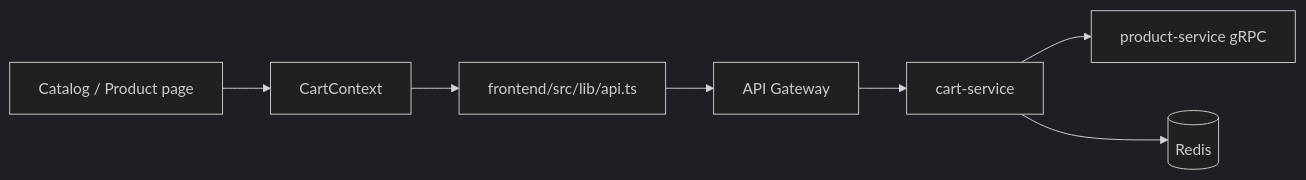
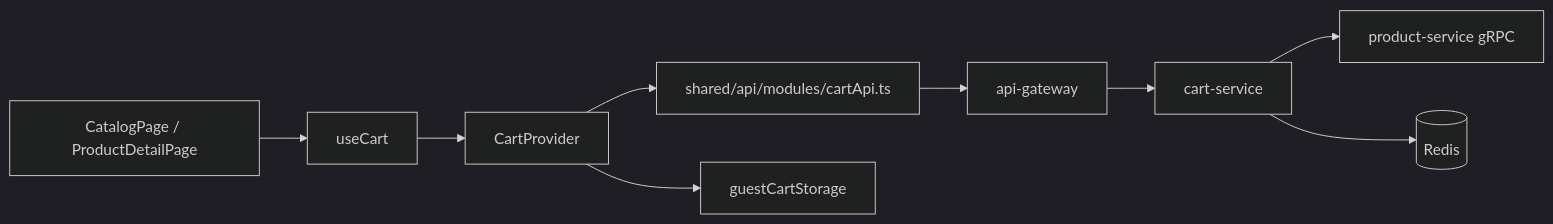
The first of 2 diagrams in docs/learning/05-first-contribution-walkthrough.md (NguyenDung278/E-CommerceMicroservicesPlatform), drawn with Mermaid (dark theme) before and after one commit. The commit also changed other lines of this file and 133 other files, not shown here.

Commit message:
refactor: restructure frontend architecture by migrating to a feature-based modular design and centralizing the API layer.

````diff
--- a/docs/learning/05-first-contribution-walkthrough.md
+++ b/docs/learning/05-first-contribution-walkthrough.md
@@ -45,9 +54,11 @@
 ```mermaid
 flowchart LR
-    UI[Catalog / Product page] --> CartContext[CartContext]
-    CartContext --> API[frontend/src/lib/api.ts]
-    API --> Gateway[API Gateway]
+    UI[CatalogPage / ProductDetailPage] --> Hook[useCart]
+    Hook --> Provider[CartProvider]
+    Provider --> API[shared/api/modules/cartApi.ts]
+    Provider --> Guest[guestCartStorage]
+    API --> Gateway[api-gateway]
     Gateway --> CartService[cart-service]
     CartService --> ProductGRPC[product-service gRPC]
     CartService --> Redis[(Redis)]
 ```
````
